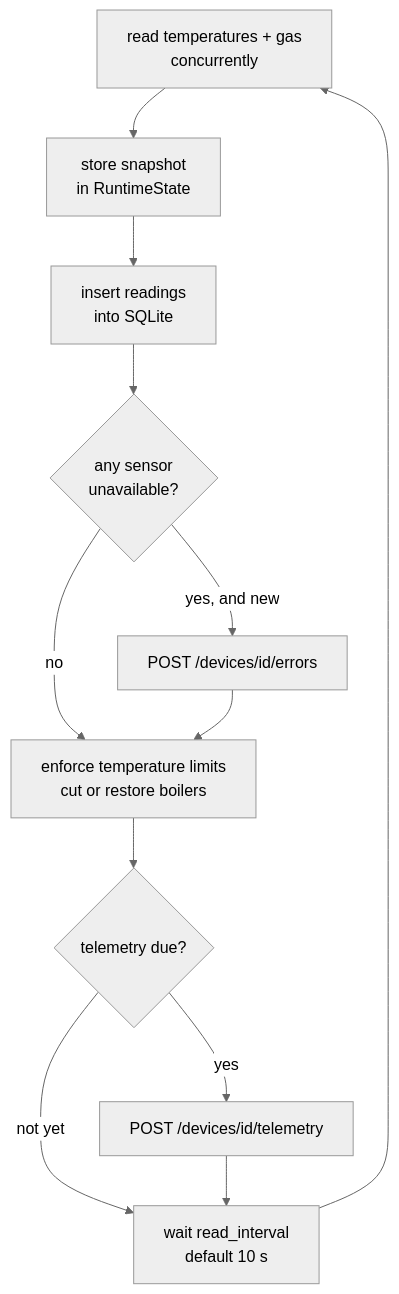
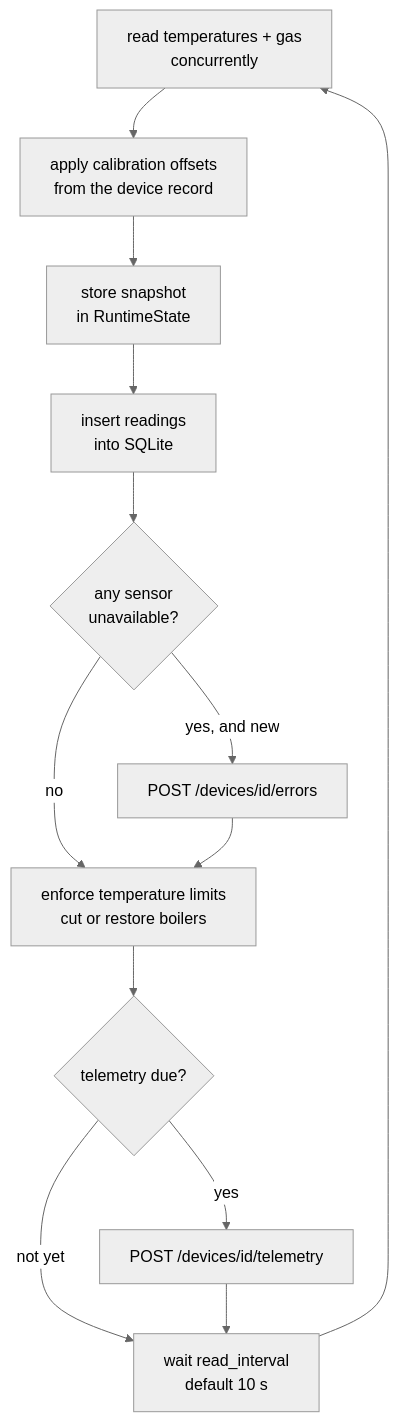
The third of 6 diagrams in README.md (mehrab-ghasemzadeh/boilerRoom-edge), drawn with Mermaid (neutral theme) before and after one commit. The commit also changed other lines of this file and 5 other files, not shown here.

````diff
--- a/README.md
+++ b/README.md
@@ -103,14 +104,15 @@
 ```mermaid
 flowchart TD
-    A["read temperatures + gas<br/>concurrently"] --> B["store snapshot<br/>in RuntimeState"]
+    A["read temperatures + gas<br/>concurrently"] --> A2["apply calibration offsets<br/>from the device record"]
+    A2 --> B["store snapshot<br/>in RuntimeState"]
     B --> C["insert readings<br/>into SQLite"]
     C --> D{"any sensor<br/>unavailable?"}
     D -->|yes, and new| E["POST /devices/id/errors"]
     D -->|no| L
     E --> L["enforce temperature limits<br/>cut or restore boilers"]
     L --> F{"telemetry due?"}
     F -->|yes| G["POST /devices/id/telemetry"]
     F -->|not yet| H
     G --> H["wait read_interval<br/>default 10 s"]
     H --> A
 ```
````
